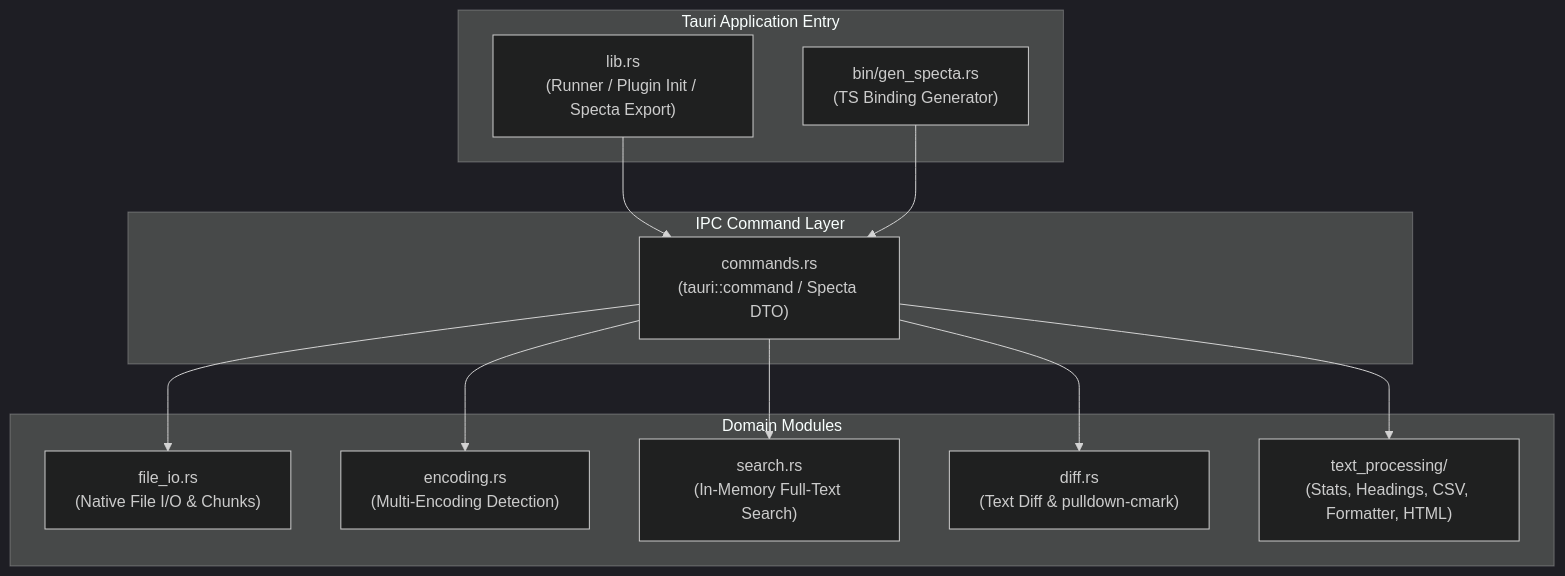
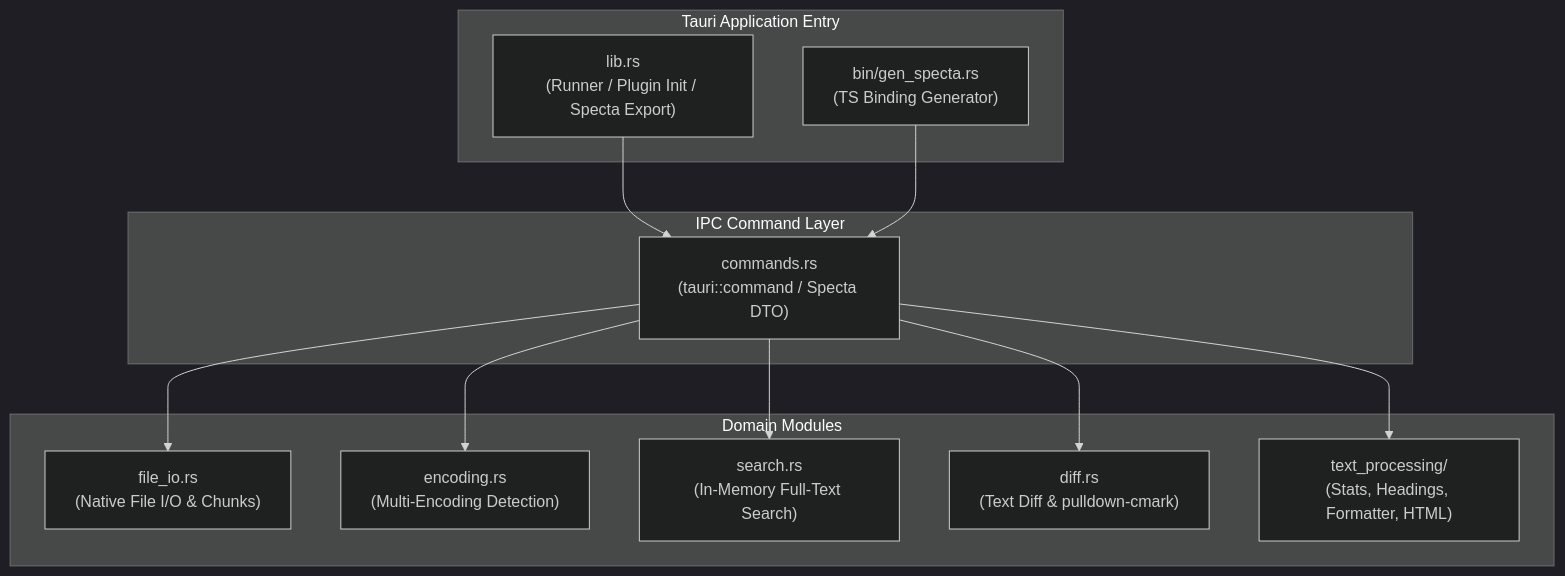
The third of 3 diagrams in docs/en/ARCHITECTURE.md (tkshnkgwr/QuMaEditor), drawn with Mermaid (dark theme) before and after one commit. The commit also changed other lines of this file and 16 other files, not shown here.

````diff
--- a/docs/en/ARCHITECTURE.md
+++ b/docs/en/ARCHITECTURE.md
@@ -84,27 +84,27 @@
 ```mermaid
 graph TD
     subgraph Core["Tauri Application Entry"]
         Lib["lib.rs<br/>(Runner / Plugin Init / Specta Export)"]
         GenSpecta["bin/gen_specta.rs<br/>(TS Binding Generator)"]
     end
 
     subgraph CommandLayer["IPC Command Layer"]
         Commands["commands.rs<br/>(tauri::command / Specta DTO)"]
     end
 
     subgraph DomainModules["Domain Modules"]
         FileIO["file_io.rs<br/>(Native File I/O & Chunks)"]
         Encoding["encoding.rs<br/>(Multi-Encoding Detection)"]
         Search["search.rs<br/>(In-Memory Full-Text Search)"]
         Diff["diff.rs<br/>(Text Diff & pulldown-cmark)"]
-        TextProc["text_processing/<br/>(Stats, Headings, CSV, Formatter, HTML)"]
+        TextProc["text_processing/<br/>(Stats, Headings, Formatter, HTML)"]
     end
 
     Lib --> Commands
     GenSpecta --> Commands
     Commands --> FileIO
     Commands --> Encoding
     Commands --> Search
     Commands --> Diff
     Commands --> TextProc
 ```
````
